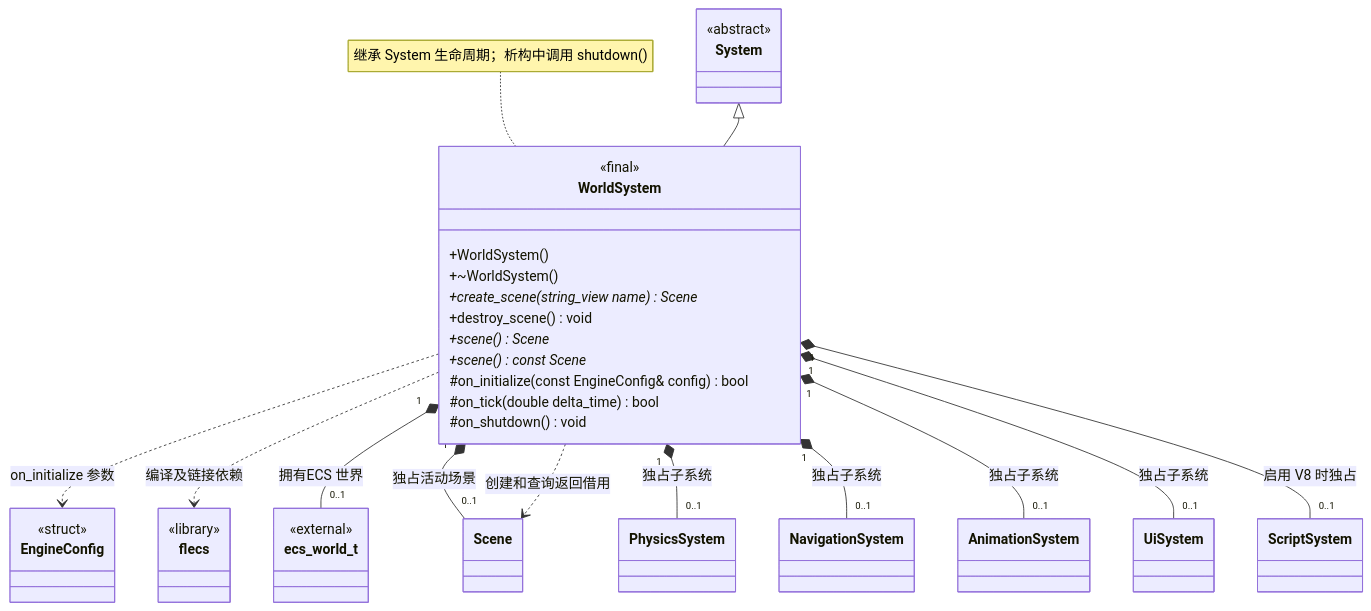
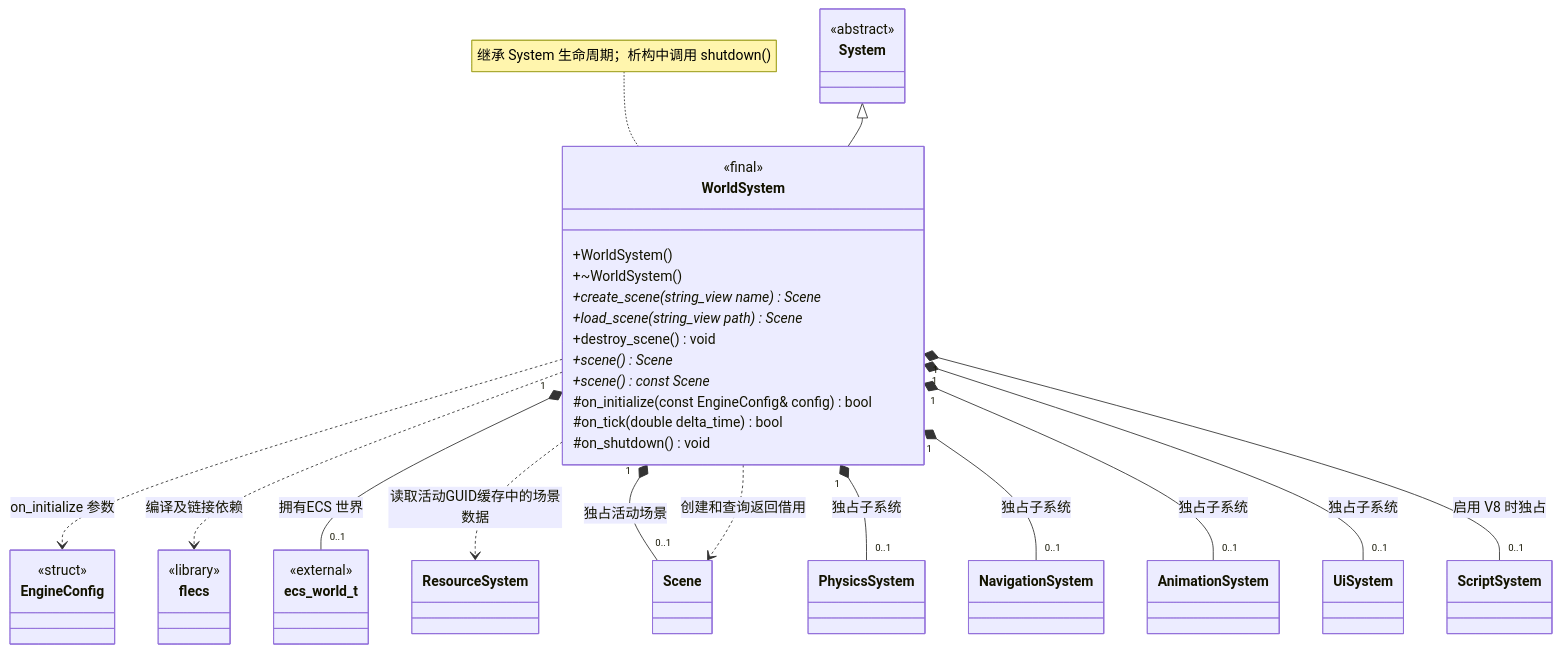
The diagram in docs/runtime/class-diagrams/world-system.md (lcals/Engine), drawn with Mermaid before and after one commit. The commit also changed other lines of this file and 114 other files, not shown here.

````diff
--- a/docs/runtime/class-diagrams/world-system.md
+++ b/docs/runtime/class-diagrams/world-system.md
@@ -7,46 +7,49 @@
 ```mermaid
 classDiagram
     direction TB
     class WorldSystem {
         <<final>>
         +WorldSystem()
         +~WorldSystem()
         +create_scene(string_view name) Scene*
+        +load_scene(string_view path) Scene*
         +destroy_scene() void
         +scene() Scene*
         +scene() const Scene*
         #on_initialize(const EngineConfig& config) bool
         #on_tick(double delta_time) bool
         #on_shutdown() void
     }
     class System {
         <<abstract>>
     }
     class EngineConfig {
         <<struct>>
     }
     class flecs["flecs"] {
         <<library>>
     }
     class ecs_world_t {
         <<external>>
     }
     System <|-- WorldSystem
     WorldSystem ..> EngineConfig : on_initialize 参数
     WorldSystem ..> flecs : 编译及链接依赖
     WorldSystem "1" *-- "0..1" ecs_world_t : 拥有ECS 世界
+    class ResourceSystem
     class Scene
+    WorldSystem ..> ResourceSystem : 读取活动GUID缓存中的场景数据
     WorldSystem "1" *-- "0..1" Scene : 独占活动场景
     WorldSystem ..> Scene : 创建和查询返回借用
     class PhysicsSystem
     WorldSystem "1" *-- "0..1" PhysicsSystem : 独占子系统
     class NavigationSystem
     WorldSystem "1" *-- "0..1" NavigationSystem : 独占子系统
     class AnimationSystem
     WorldSystem "1" *-- "0..1" AnimationSystem : 独占子系统
     class UiSystem
     WorldSystem "1" *-- "0..1" UiSystem : 独占子系统
     class ScriptSystem
     WorldSystem "1" *-- "0..1" ScriptSystem : 启用 V8 时独占
     note for WorldSystem "继承 System 生命周期；析构中调用 shutdown()"
 ```
````
